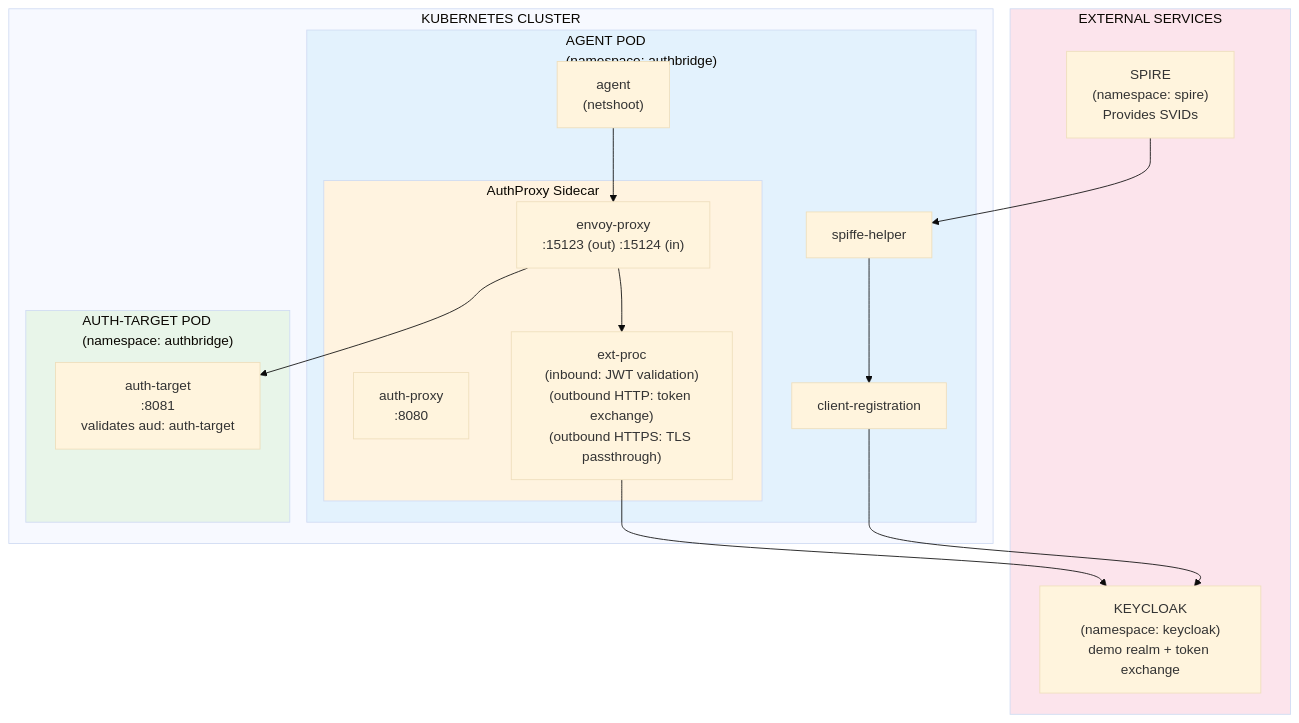
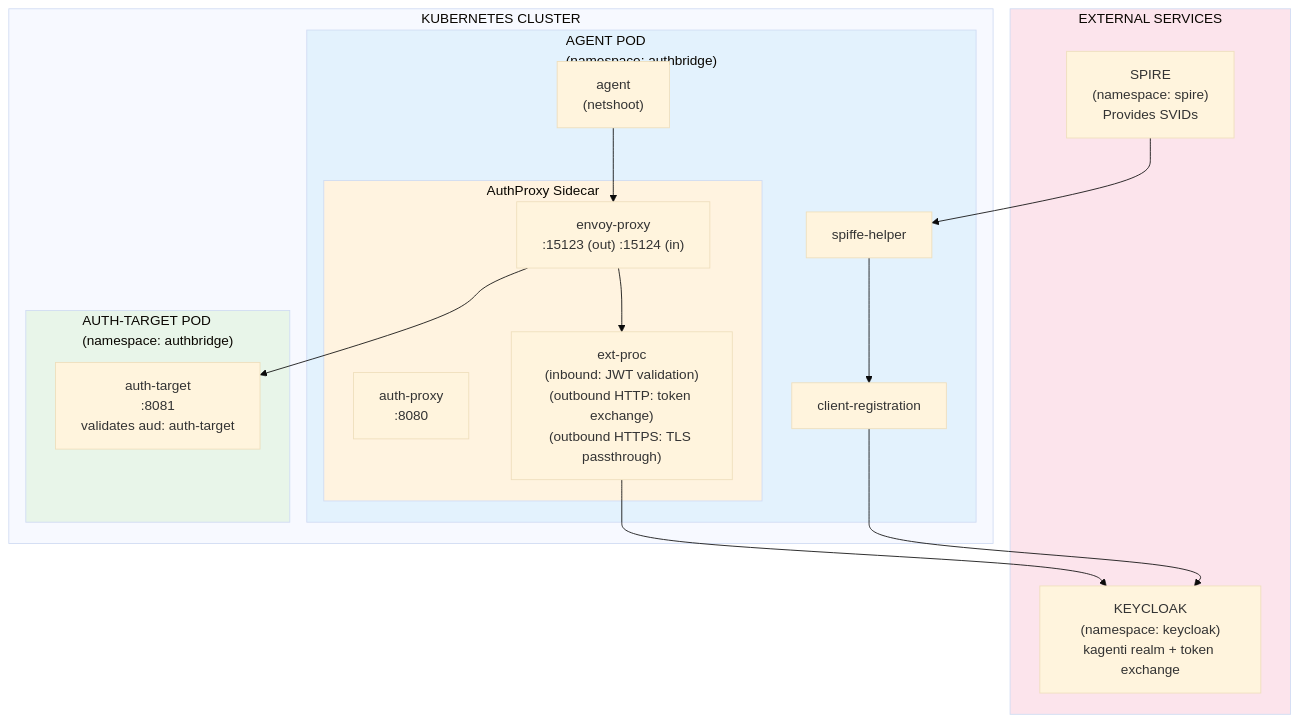
One commit to cwiklik/kagenti-extensions changed the first of 2 diagrams in AuthBridge/demos/single-target/demo.md. Above: the diagram before and after it, drawn with Mermaid (base theme). The commit also changed other lines of this file and 26 other files, not shown here.

First line of the commit message:
fix: change default Keycloak realm from "demo" to "kagenti"

````diff
--- a/AuthBridge/demos/single-target/demo.md
+++ b/AuthBridge/demos/single-target/demo.md
@@ -59,37 +59,37 @@
 ```mermaid
 flowchart TB
     subgraph Cluster["KUBERNETES CLUSTER"]
         subgraph AgentPod["AGENT POD<br/>(namespace: authbridge)"]
             agent["agent<br/>(netshoot)"]
             spiffe["spiffe-helper"]
             clientreg["client-registration"]
             subgraph Sidecar["AuthProxy Sidecar"]
                 authproxy["auth-proxy<br/>:8080"]
                 envoy["envoy-proxy<br/>:15123 (out) :15124 (in)"]
                 extproc["ext-proc<br/>(inbound: JWT validation)<br/>(outbound HTTP: token exchange)<br/>(outbound HTTPS: TLS passthrough)"]
             end
         end
         
         subgraph TargetPod["AUTH-TARGET POD<br/>(namespace: authbridge)"]
             target["auth-target<br/>:8081<br/>validates aud: auth-target"]
         end
     end
     
     subgraph External["EXTERNAL SERVICES"]
         spire["SPIRE<br/>(namespace: spire)<br/>Provides SVIDs"]
-        keycloak["KEYCLOAK<br/>(namespace: keycloak)<br/>demo realm + token exchange"]
+        keycloak["KEYCLOAK<br/>(namespace: keycloak)<br/>kagenti realm + token exchange"]
     end
     
     spire --> spiffe
     spiffe --> clientreg
     clientreg --> keycloak
     agent --> envoy
     envoy --> extproc
     extproc --> keycloak
     envoy --> target
     
     style AgentPod fill:#e3f2fd
     style TargetPod fill:#e8f5e9
     style Sidecar fill:#fff3e0
     style External fill:#fce4ec
 ```
````
